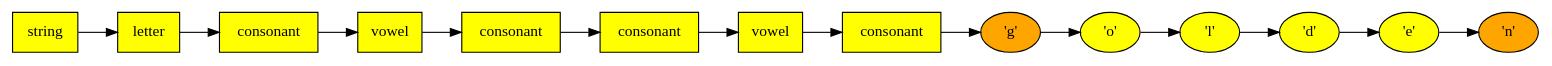
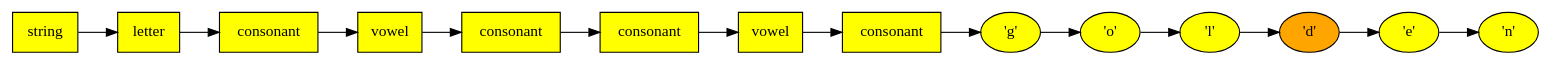
The diagram in best_ever.dot (svarin92/evoGo), drawn with Graphviz before and after one commit.

```diff
--- a/best_ever.dot
+++ b/best_ever.dot
@@ -1,30 +1,30 @@
 digraph Derivation {
                 rankdir=LR;
                 node [shape=box, style=filled, fillcolor=lightblue];  1 [label="string", shape=box, style=filled, fillcolor=lightblue, fillcolor=yellow];
   2 [label="letter", shape=box, style=filled, fillcolor=lightblue, fillcolor=yellow];
   3 [label="consonant", shape=box, style=filled, fillcolor=lightblue, fillcolor=yellow];
   4 [label="vowel", shape=box, style=filled, fillcolor=lightblue, fillcolor=yellow];
   5 [label="consonant", shape=box, style=filled, fillcolor=lightblue, fillcolor=yellow];
   6 [label="consonant", shape=box, style=filled, fillcolor=lightblue, fillcolor=yellow];
   7 [label="vowel", shape=box, style=filled, fillcolor=lightblue, fillcolor=yellow];
   8 [label="consonant", shape=box, style=filled, fillcolor=lightblue, fillcolor=yellow];
-  9 [label="'g'", shape=ellipse, style=filled, fillcolor=lightgreen, fillcolor=orange];
+  9 [label="'g'", shape=ellipse, style=filled, fillcolor=lightgreen, fillcolor=yellow];
   10 [label="'o'", shape=ellipse, style=filled, fillcolor=lightgreen, fillcolor=yellow];
   11 [label="'l'", shape=ellipse, style=filled, fillcolor=lightgreen, fillcolor=yellow];
-  12 [label="'d'", shape=ellipse, style=filled, fillcolor=lightgreen, fillcolor=yellow];
+  12 [label="'d'", shape=ellipse, style=filled, fillcolor=lightgreen, fillcolor=orange];
   13 [label="'e'", shape=ellipse, style=filled, fillcolor=lightgreen, fillcolor=yellow];
-  14 [label="'n'", shape=ellipse, style=filled, fillcolor=lightgreen, fillcolor=orange];
+  14 [label="'n'", shape=ellipse, style=filled, fillcolor=lightgreen, fillcolor=yellow];
   1 -> 2;
   2 -> 3;
   3 -> 4;
   4 -> 5;
   5 -> 6;
   6 -> 7;
   7 -> 8;
   8 -> 9;
   9 -> 10;
   10 -> 11;
   11 -> 12;
   12 -> 13;
   13 -> 14;
 }
```
